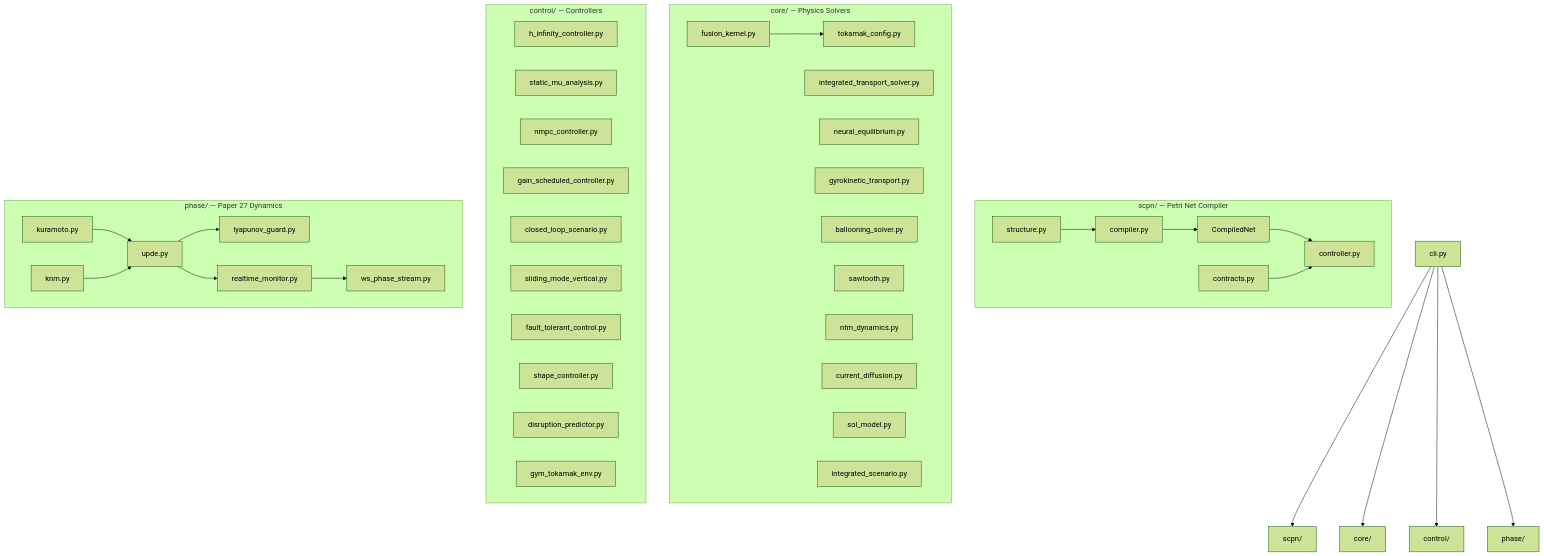
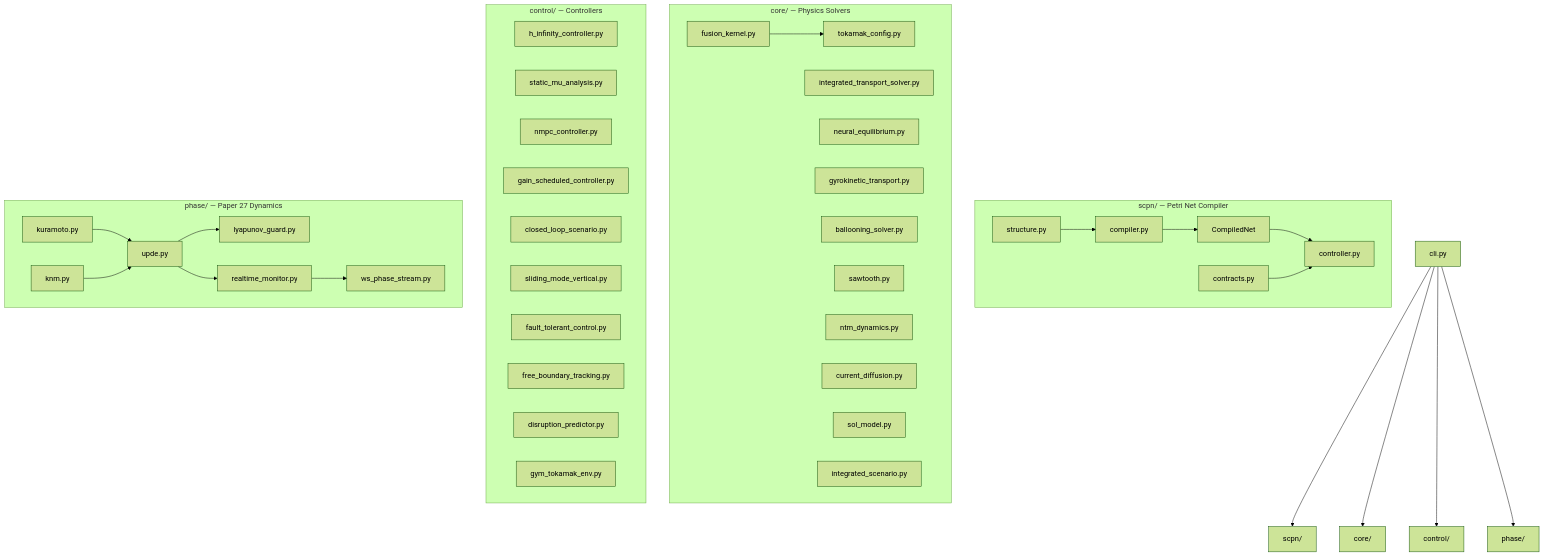
Before and after one commit to anulum/scpn-control: the second of 5 diagrams in docs/architecture.md, drawn with Mermaid (forest theme). The commit also changed other lines of this file and 13 other files, not shown here.

First line of the commit message:
fix(control): remove synthetic shape-controller surface

````diff
--- a/docs/architecture.md
+++ b/docs/architecture.md
@@ -93,48 +93,48 @@
 ```mermaid
 graph TD
     CLI[cli.py] --> SCPN[scpn/]
     CLI --> CORE[core/]
     CLI --> CTRL[control/]
     CLI --> PHASE[phase/]
 
     subgraph "scpn/ — Petri Net Compiler"
         SPN[structure.py] --> COMP[compiler.py]
         COMP --> CNET[CompiledNet]
         CNET --> NSC[controller.py]
         CON[contracts.py] --> NSC
     end
 
     subgraph "core/ — Physics Solvers"
         FK[fusion_kernel.py] --> TC[tokamak_config.py]
         ITS[integrated_transport_solver.py]
         NEQ[neural_equilibrium.py]
         GT2[gyrokinetic_transport.py]
         BS2[ballooning_solver.py]
         ST2[sawtooth.py]
         NTM2[ntm_dynamics.py]
         CD2[current_diffusion.py]
         SOL2[sol_model.py]
         ISS2[integrated_scenario.py]
     end
 
     subgraph "control/ — Controllers"
         HINF2[h_infinity_controller.py]
         MU2[static_mu_analysis.py]
         NMPC2[nmpc_controller.py]
         GS_C[gain_scheduled_controller.py]
         CLS[closed_loop_scenario.py]
         SM2[sliding_mode_vertical.py]
         FT2[fault_tolerant_control.py]
-        SC2[shape_controller.py]
+        SC2[free_boundary_tracking.py]
         DP[disruption_predictor.py]
         GYM[gym_tokamak_env.py]
     end
 
     subgraph "phase/ — Paper 27 Dynamics"
         KUR[kuramoto.py] --> UPDE[upde.py]
         KNM[knm.py] --> UPDE
         UPDE --> LG[lyapunov_guard.py]
         UPDE --> RM[realtime_monitor.py]
         RM --> WS[ws_phase_stream.py]
     end
 ```
````
